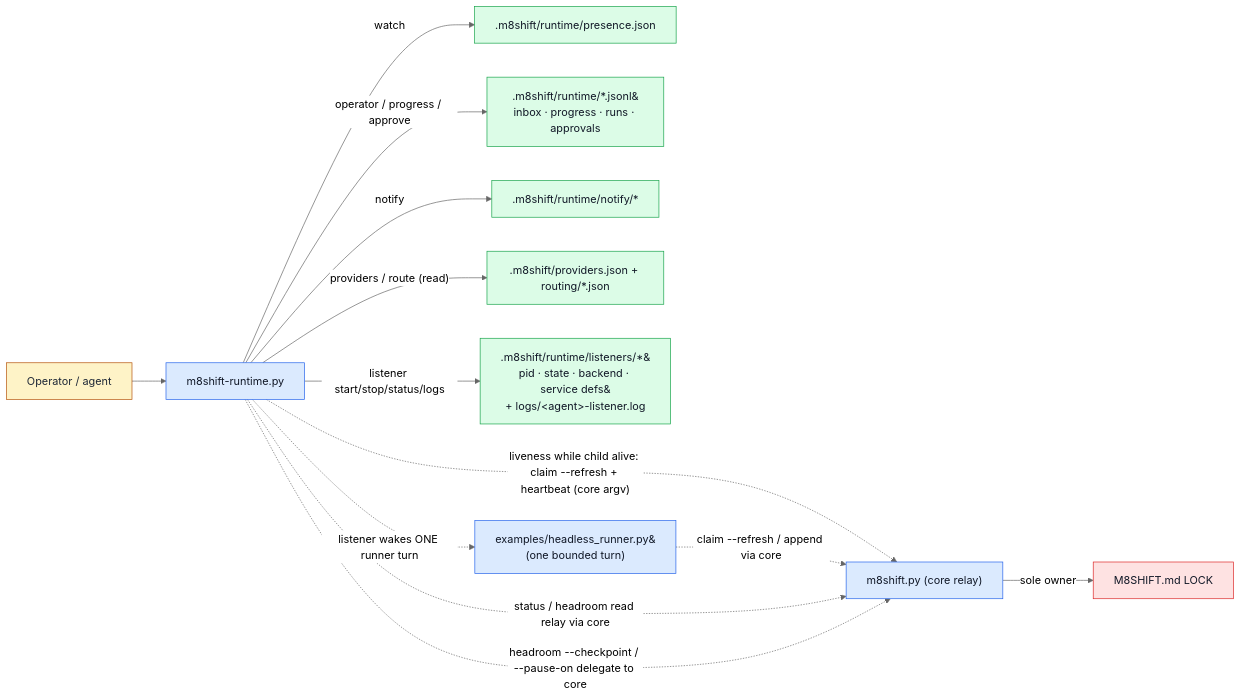
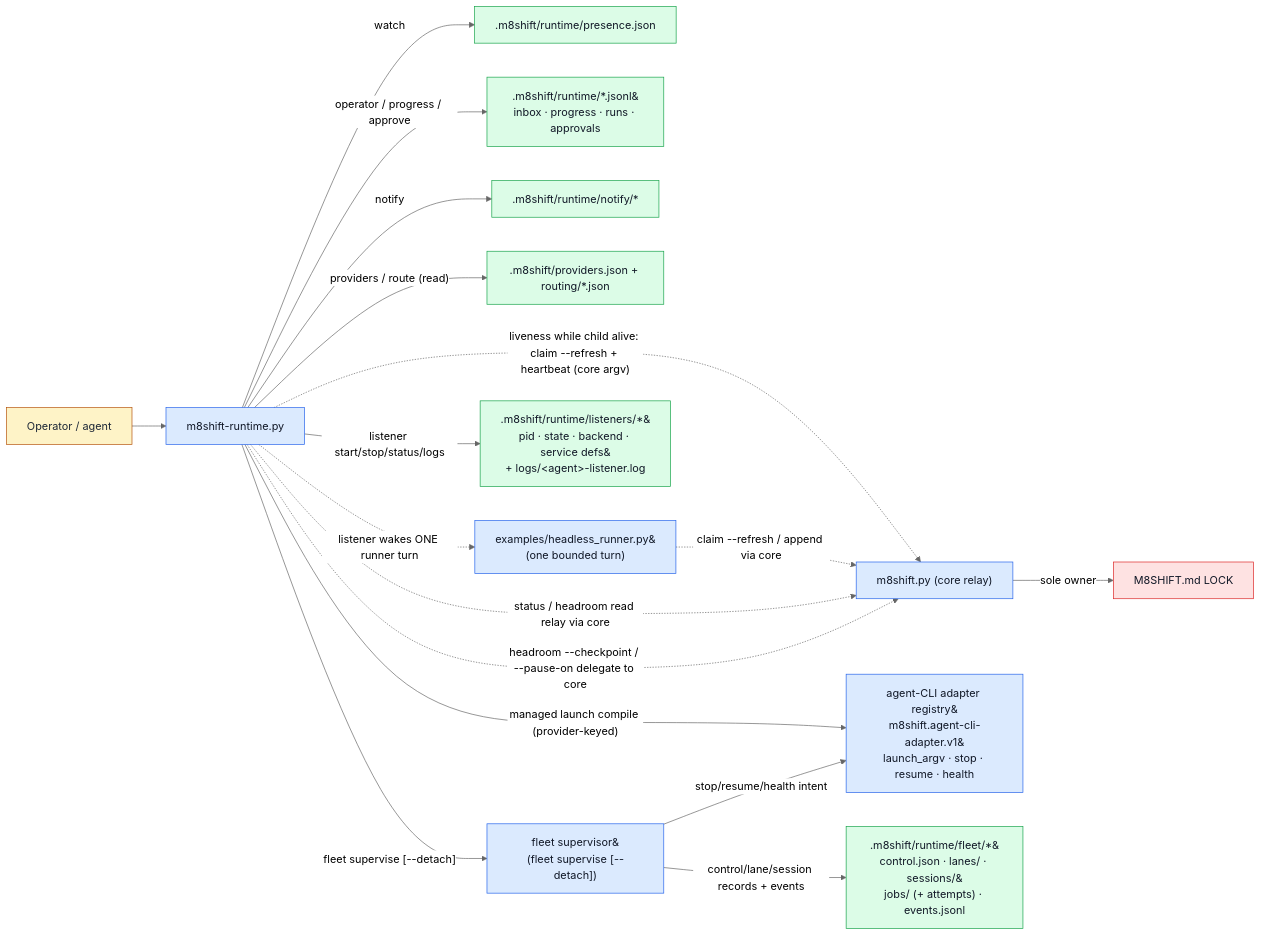
The diagram in docs/en/modules/runtime.md (M8Shift/M8Shift), drawn with Mermaid (neutral theme) before and after one commit. The commit also changed other lines of this file and 26 other files, not shown here.

````diff
--- a/docs/en/modules/runtime.md
+++ b/docs/en/modules/runtime.md
@@ -11,31 +11,38 @@
 ```mermaid
 flowchart LR
     user["Operator / agent"]:::actor
     script["m8shift-runtime.py"]:::script
     core["m8shift.py (core relay)"]:::script
     presence[".m8shift/runtime/presence.json"]:::state
     ledgers[".m8shift/runtime/*.jsonl&#8203;<br/>inbox · progress · runs · approvals"]:::state
     notify[".m8shift/runtime/notify/*"]:::state
     registry[".m8shift/providers.json + routing/*.json"]:::state
+    adapters["agent-CLI adapter registry&#8203;<br/>m8shift.agent-cli-adapter.v1&#8203;<br/>launch_argv · stop · resume · health"]:::script
+    supervisor["fleet supervisor&#8203;<br/>(fleet supervise [--detach])"]:::script
+    fleetstore[".m8shift/runtime/fleet/*&#8203;<br/>control.json · lanes/ · sessions/&#8203;<br/>jobs/ (+ attempts) · events.jsonl"]:::state
     listeners[".m8shift/runtime/listeners/*&#8203;<br/>pid · state · backend · service defs&#8203;<br/>+ logs/&lt;agent&gt;-listener.log"]:::state
     runner["examples/headless_runner.py&#8203;<br/>(one bounded turn)"]:::script
     lock["M8SHIFT.md LOCK"]:::lock
 
     user --> script
     script -- "watch" --> presence
     script -- "operator / progress / approve" --> ledgers
     script -- "notify" --> notify
     script -- "providers / route (read)" --> registry
+    script -- "managed launch compile (provider-keyed)" --> adapters
+    script -- "fleet supervise [--detach]" --> supervisor
+    supervisor -- "control/lane/session records + events" --> fleetstore
+    supervisor -- "stop/resume/health intent" --> adapters
     script -- "listener start/stop/status/logs" --> listeners
     script -. "liveness while child alive: claim --refresh + heartbeat (core argv)" .-> core
     script -. "listener wakes ONE runner turn" .-> runner
     runner -. "claim --refresh / append via core" .-> core
     script -. "status / headroom read relay via core" .-> core
     core -- "sole owner" --> lock
     script -. "headroom --checkpoint / --pause-on delegate to core" .-> core
 
     classDef actor fill:#fef3c7,stroke:#b45309,color:#1f2937
     classDef script fill:#dbeafe,stroke:#2563eb,color:#111827
     classDef state fill:#dcfce7,stroke:#16a34a,color:#111827
     classDef lock fill:#fee2e2,stroke:#dc2626,color:#111827
 ```
````
